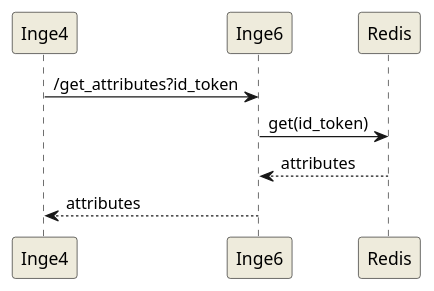
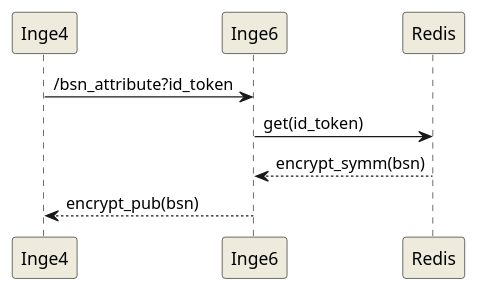
Before and after one commit to minvws/nl-rdo-max: the diagram in docs/inge4-inge6.wsd, drawn with PlantUML. The commit also changed 4 other files, not shown here.

```diff
--- a/docs/inge4-inge6.wsd
+++ b/docs/inge4-inge6.wsd
@@ -1,10 +1,10 @@
 @startuml
 skinparam backgroundColor white
 skinparam participantBackgroundColor #EEEBDC
 skinparam noteBackgroundColor #EEE
 
-Inge4->Inge6:/get_attributes?id_token
+Inge4->Inge6:/bsn_attribute?id_token
 Inge6->Redis:get(id_token)
-Redis-->Inge6:attributes
-Inge6-->Inge4:attributes
+Redis-->Inge6:encrypt_symm(bsn)
+Inge6-->Inge4:encrypt_pub(bsn)
 @enduml
```
